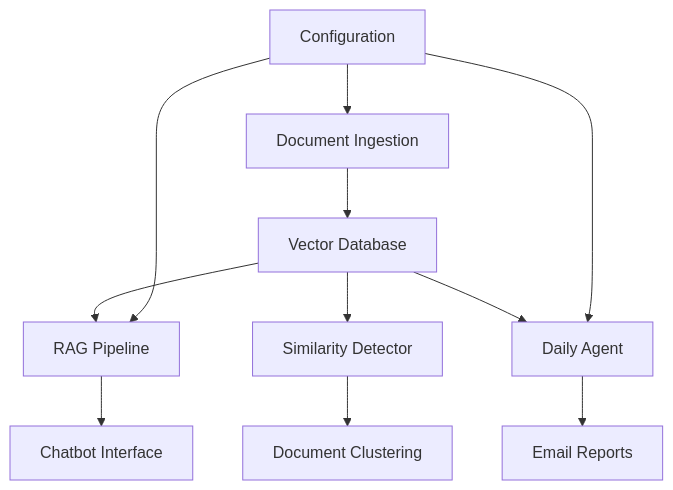
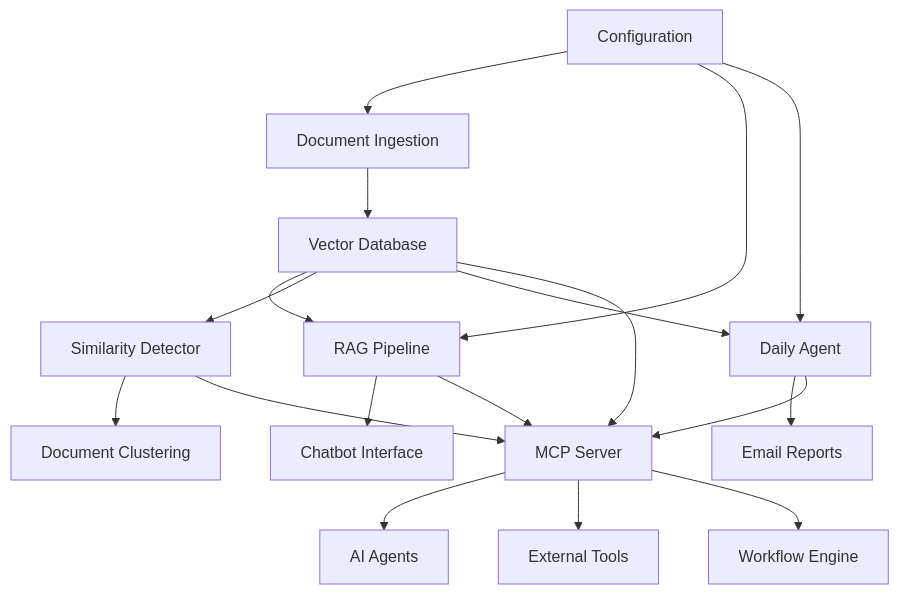
One commit to rishabsinghh/DeepRunnerAi changed the diagram in README.md. Above: the diagram before and after it, drawn with Mermaid. The commit also changed other lines of this file and 1 other file, not shown here.

Commit message:
Add MCP Integration to README and project structure; update requirements

````diff
--- a/README.md
+++ b/README.md
@@ -180,13 +286,22 @@
 ```mermaid
 graph TB
     A[Document Ingestion] --> B[Vector Database]
     B --> C[RAG Pipeline]
     C --> D[Chatbot Interface]
     B --> E[Similarity Detector]
     B --> F[Daily Agent]
     F --> G[Email Reports]
     E --> H[Document Clustering]
     I[Configuration] --> A
     I --> C
     I --> F
+    
+    %% MCP Integration
+    J[MCP Server] --> K[AI Agents]
+    J --> L[External Tools]
+    J --> M[Workflow Engine]
+    B --> J
+    C --> J
+    F --> J
+    E --> J
 ```
````
